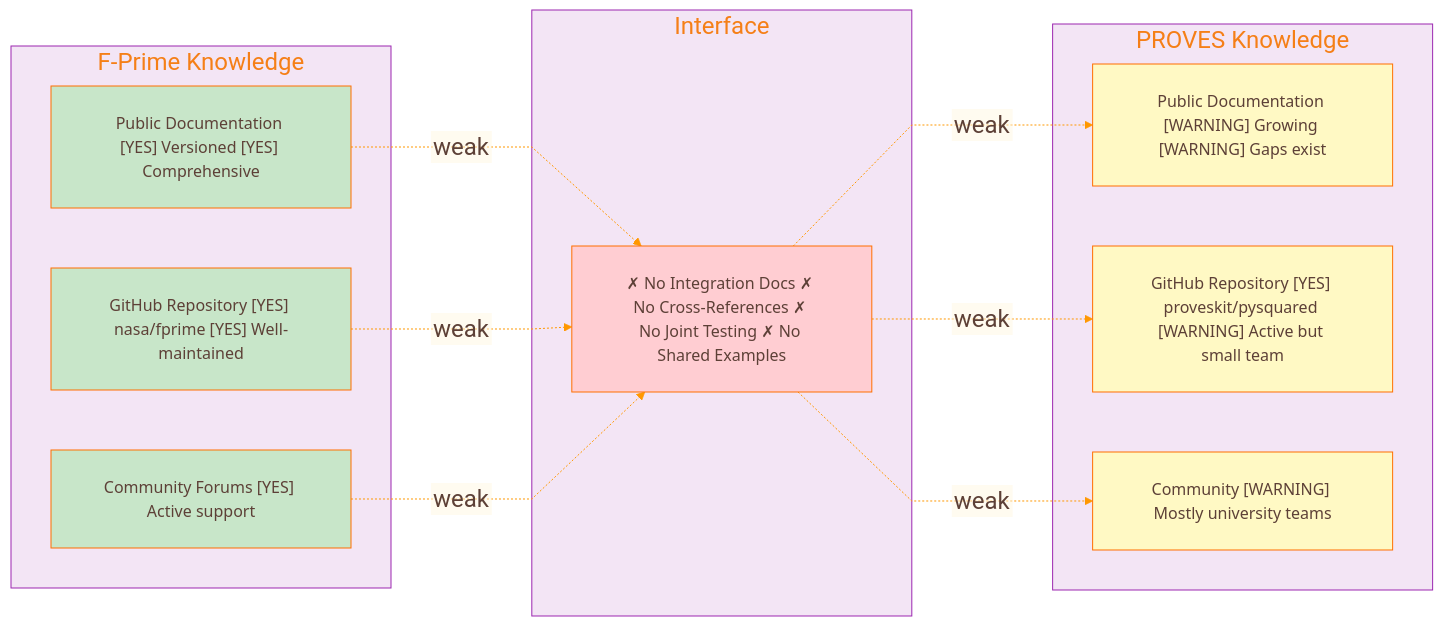
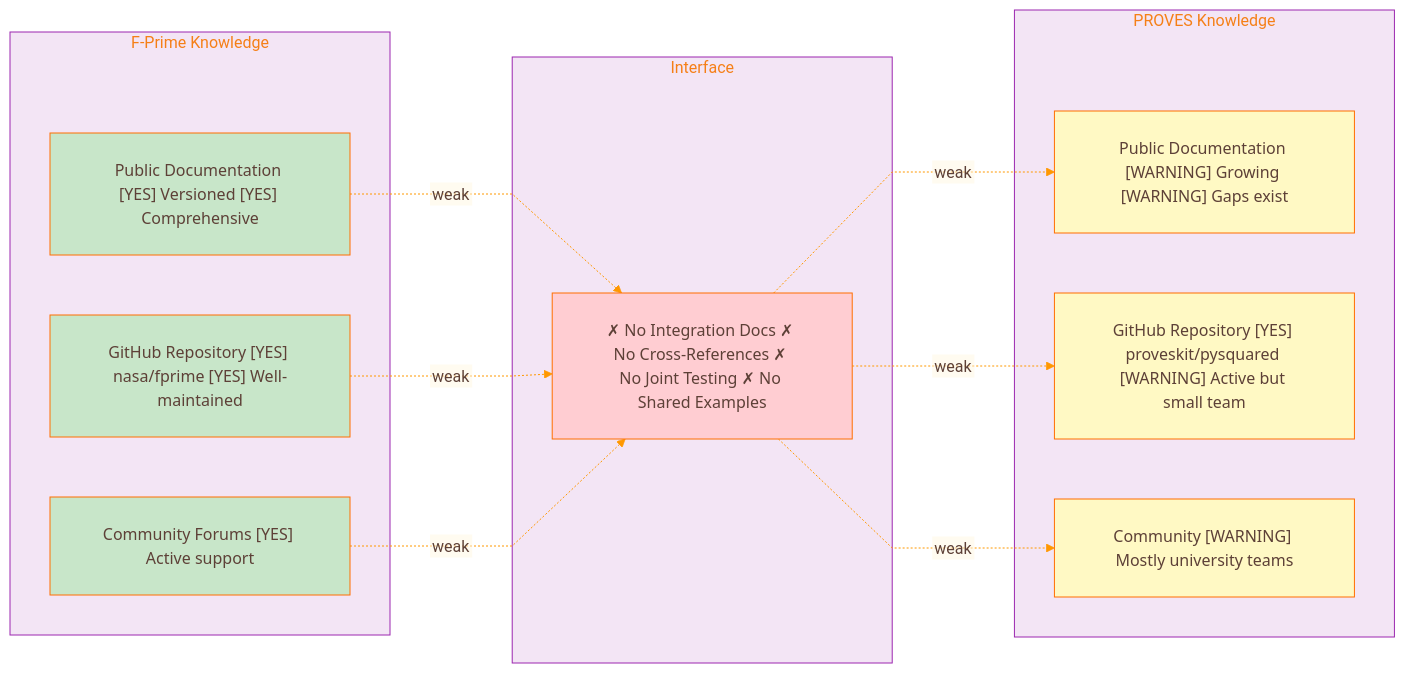
The second of 9 diagrams in docs/diagrams/team-boundaries.md (Lizo-RoadTown/PROVES_LIBRARY), drawn with Mermaid before and after one commit. The commit also changed other lines of this file and 6 other files, not shown here.

````diff
--- a/docs/diagrams/team-boundaries.md
+++ b/docs/diagrams/team-boundaries.md
@@ -295,7 +300,7 @@
 ---
 config:
   theme: base
-  fontSize: 20
+  fontSize: 16
   themeCSS: |
     .node rect, .cluster rect, .edgePath path { transition: filter 0.2s ease, stroke-width: 0.2s ease; }
     .node:hover rect, .cluster:hover rect, .edgePath:hover path { filter: drop-shadow(0 0 8px rgba(0,0,0,0.35)); stroke-width: 3px; }
@@ -315,7 +320,7 @@
     textColor: '#5D4037'
     lineColor: '#FF9800'
     fontFamily: '"Segoe UI", Tahoma, Geneva, Verdana, sans-serif'
-    fontSize: '24px'
+    fontSize: '16px'
     nodeBorder: '#FF6F00'
     mainBkg: '#FFF3E0'
     clusterBkg: '#F3E5F5'
@@ -371,7 +376,7 @@
     attributeBackgroundColorOdd: '#FFF8E1'
     attributeBackgroundColorEven: '#FFF3E0'
   gantt:
-    fontSize: 20
+    fontSize: 16
     barHeight: 24
     barGap: 6
     topPadding: 50
@@ -478,16 +483,19 @@
 ---
 flowchart LR
     subgraph "F-Prime Knowledge"
+        spacer5[ ]:::spacer
         F_PUB["Public Documentation [YES] Versioned [YES] Comprehensive"]
         F_CODE["GitHub Repository [YES] nasa/fprime [YES] Well-maintained"]
         F_COM["Community Forums [YES] Active support"]
     end
 
     subgraph "Interface"
+        spacer6[ ]:::spacer
         INT["✗ No Integration Docs ✗ No Cross-References ✗ No Joint Testing ✗ No Shared Examples"]
     end
 
     subgraph "PROVES Knowledge"
+        spacer7[ ]:::spacer
         P_PUB["Public Documentation [WARNING] Growing [WARNING] Gaps exist"]
         P_CODE["GitHub Repository [YES] proveskit/pysquared [WARNING] Active but small team"]
         P_COM["Community [WARNING] Mostly university teams"]
@@ -511,4 +519,5 @@
     %% Font sizing classes for consistency
     classDef default font-size:16px,font-family:Segoe UI,Tahoma,Geneva,Verdana,sans-serif;
     classDef diamond font-size:14px,font-family:Segoe UI,Tahoma,Geneva,Verdana,sans-serif;
+    classDef spacer fill:none,stroke:none,color:transparent,width:1px,height:1px;
 ```
````
